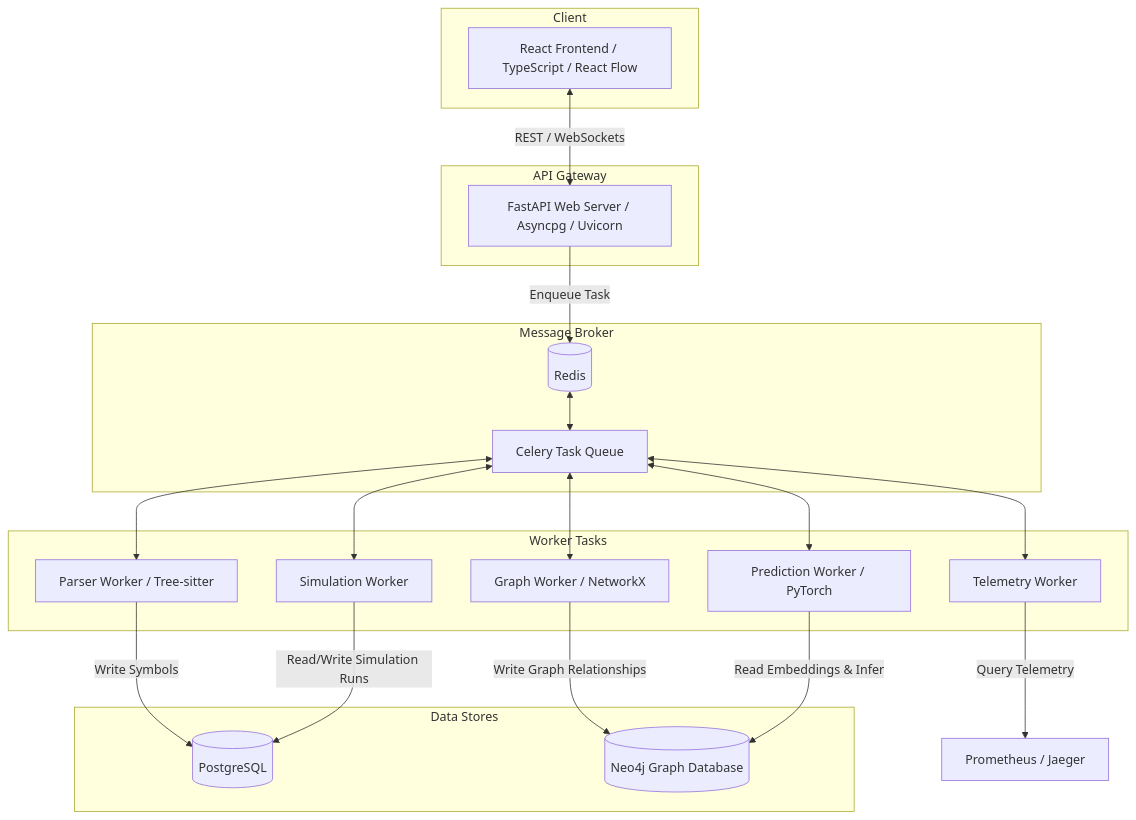
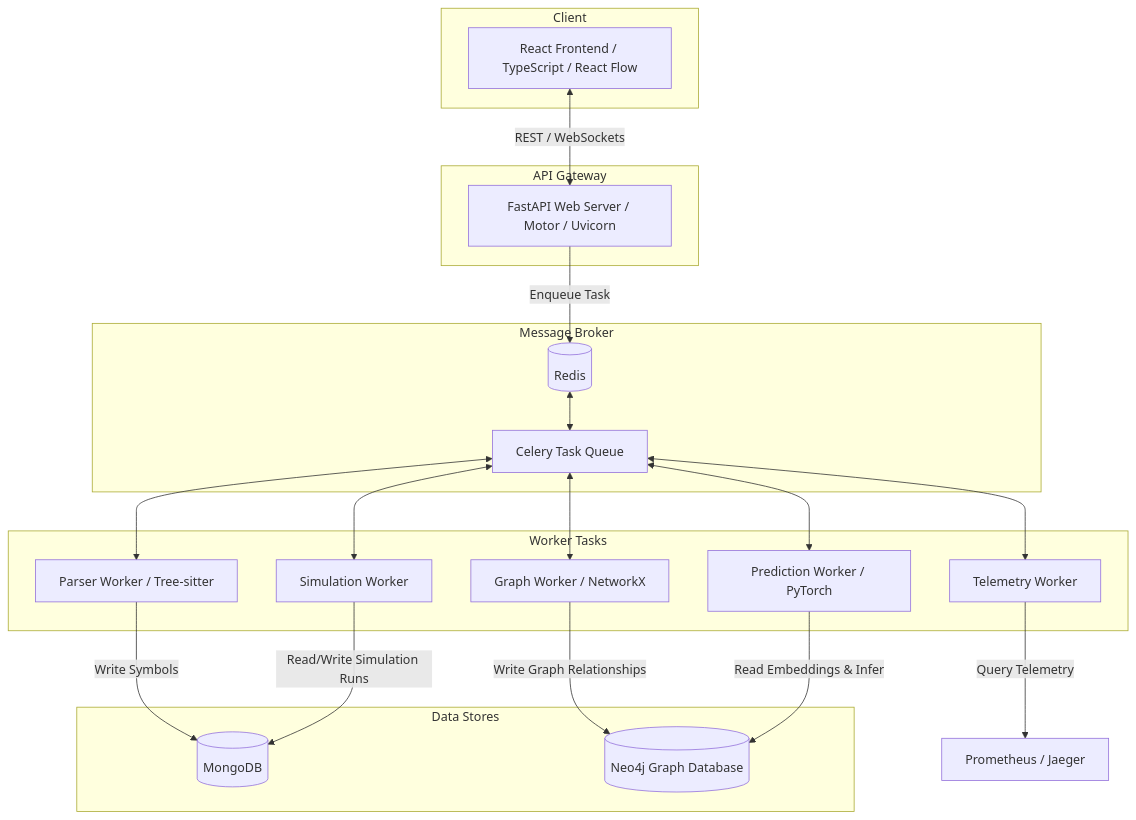
The diagram in docs/architecture/system-overview.md (vs-code06/Catalyst), drawn with Mermaid before and after one commit. The commit also changed 20 other files, not shown here.

````diff
--- a/docs/architecture/system-overview.md
+++ b/docs/architecture/system-overview.md
@@ -9,44 +9,44 @@
 ```mermaid
 graph TD
     subgraph Client
         FE[React Frontend / TypeScript / React Flow]
     end
 
     subgraph API Gateway
-        BE[FastAPI Web Server / Asyncpg / Uvicorn]
+        BE[FastAPI Web Server / Motor / Uvicorn]
     end
 
     subgraph Message Broker
         RD[(Redis)]
         Celery[Celery Task Queue]
     end
 
     subgraph Data Stores
-        PG[(PostgreSQL)]
+        MG[(MongoDB)]
         Neo4j[(Neo4j Graph Database)]
     end
 
     subgraph Worker Tasks
         Parser[Parser Worker / Tree-sitter]
         GraphW[Graph Worker / NetworkX]
         Sim[Simulation Worker]
         Pred[Prediction Worker / PyTorch]
         Telem[Telemetry Worker]
     end
 
     %% Flow
     FE <-->|REST / WebSockets| BE
     BE -->|Enqueue Task| RD
     RD <--> Celery
     Celery <--> Parser
     Celery <--> GraphW
     Celery <--> Sim
     Celery <--> Pred
     Celery <--> Telem
 
-    Parser -->|Write Symbols| PG
+    Parser -->|Write Symbols| MG
     GraphW -->|Write Graph Relationships| Neo4j
-    Sim -->|Read/Write Simulation Runs| PG
+    Sim -->|Read/Write Simulation Runs| MG
     Pred -->|Read Embeddings & Infer| Neo4j
     Telem -->|Query Telemetry| PM[Prometheus / Jaeger]
 ```
````
